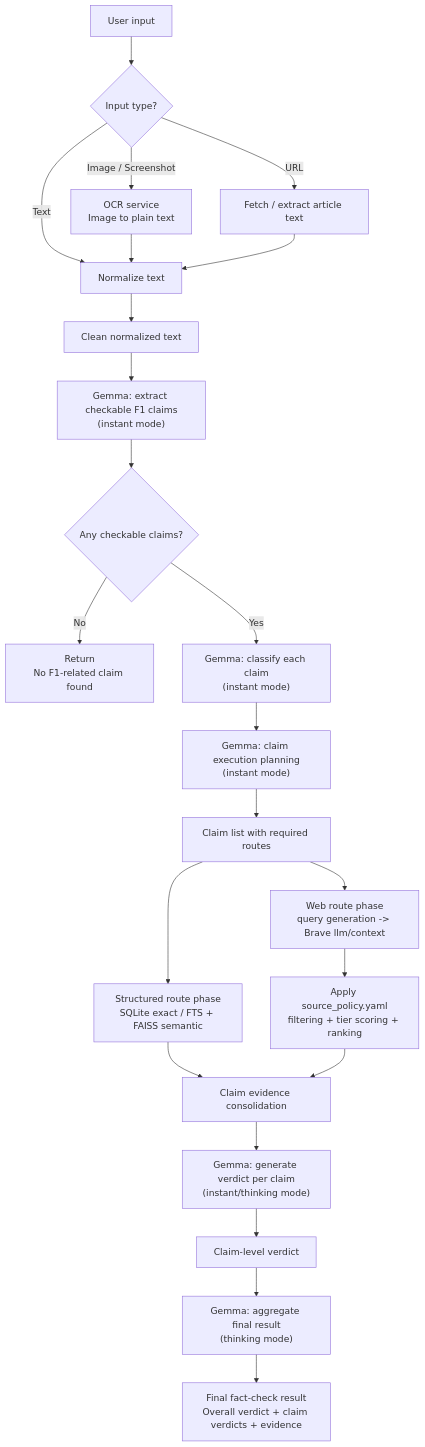
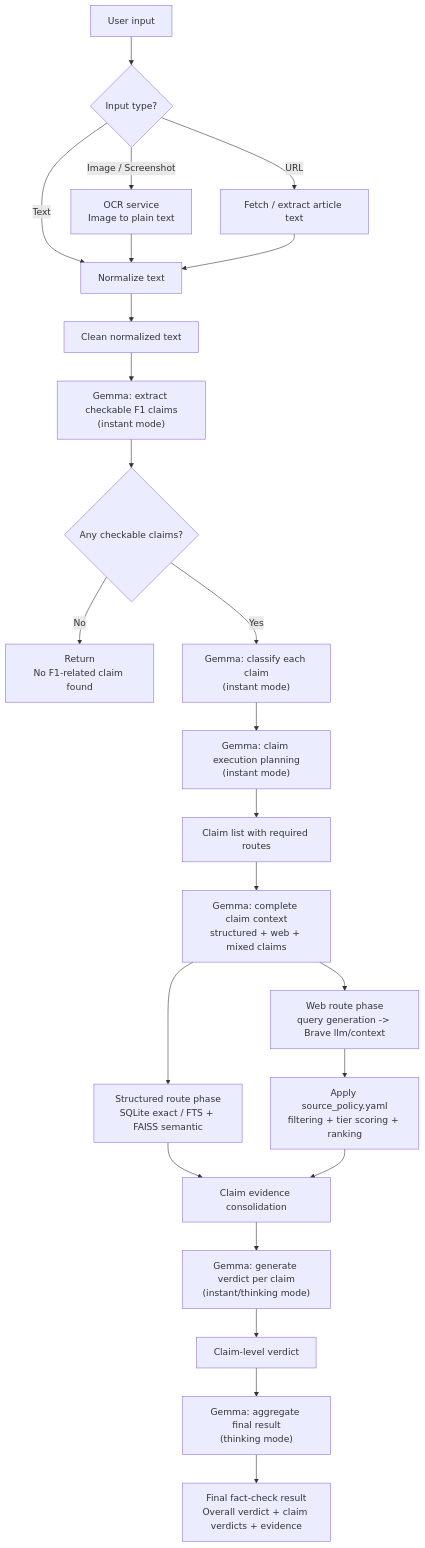
One commit to viettran-edgeAI/F1_fact_checker changed the diagram in README.md. Above: the diagram before and after it, drawn with Mermaid. The commit also changed other lines of this file, not shown here.

````diff
--- a/README.md
+++ b/README.md
@@ -54,42 +56,44 @@
 ```mermaid
 flowchart TD
     A["User input"] --> B{"Input type?"}
 
     B -->|Text| C["Normalize text"]
     B -->|Image / Screenshot| D["OCR service<br/>Image to plain text"]
     B -->|URL| E["Fetch / extract article text"]
 
     D --> C
     E --> C
 
     C --> F["Clean normalized text"]
 
     F --> G["Gemma: extract checkable F1 claims<br/>(instant mode)"]
 
     G --> H{"Any checkable claims?"}
 
     H -->|No| I["Return<br/>No F1-related claim found"]
 
     H -->|Yes| J["Gemma: classify each claim<br/>(instant mode)"]
 
     J --> K["Gemma: claim execution planning<br/>(instant mode)"]
 
     K --> L["Claim list with required routes"]
 
-    L --> M["Structured route phase<br/>SQLite exact / FTS + FAISS semantic"]
+    L --> U["Gemma: complete claim context<br/>structured + web + mixed claims"]
 
-    L --> N["Web route phase<br/>query generation -> Brave llm/context"]
+    U --> M["Structured route phase<br/>SQLite exact / FTS + FAISS semantic"]
+
+    U --> N["Web route phase<br/>query generation -> Brave llm/context"]
 
     N --> O["Apply source_policy.yaml<br/>filtering + tier scoring + ranking"]
 
     M --> P["Claim evidence consolidation"]
     O --> P
 
     P --> Q["Gemma: generate verdict per claim<br/>(instant/thinking mode)"]
 
     Q --> R["Claim-level verdict"]
 
     R --> S["Gemma: aggregate final result<br/>(thinking mode)"]
 
     S --> T["Final fact-check result<br/>Overall verdict + claim verdicts + evidence"]
 ```
````
